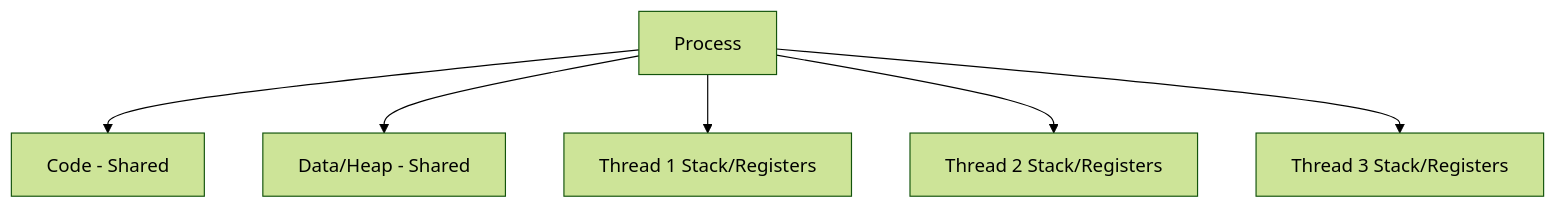
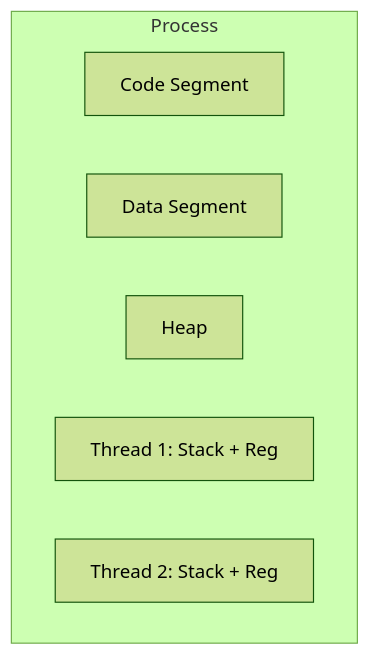
Before and after one commit to xujoncep/learning: the diagram in handnote/operating-system/02-process-thread-context-switch.md, drawn with Mermaid (forest theme). The commit also changed other lines of this file and 9 other files, not shown here.

````diff
--- a/handnote/operating-system/02-process-thread-context-switch.md
+++ b/handnote/operating-system/02-process-thread-context-switch.md
@@ -55,9 +19,10 @@
 ```mermaid
-flowchart TD
-    P[Process]
-    P --> C[Code - Shared]
-    P --> D[Data/Heap - Shared]
-    P --> T1[Thread 1 Stack/Registers]
-    P --> T2[Thread 2 Stack/Registers]
-    P --> T3[Thread 3 Stack/Registers]
+graph TD
+    subgraph Process
+    A[Code Segment]
+    B[Data Segment]
+    C[Heap]
+    D[Thread 1: Stack + Reg]
+    E[Thread 2: Stack + Reg]
+    end
 ```
````
